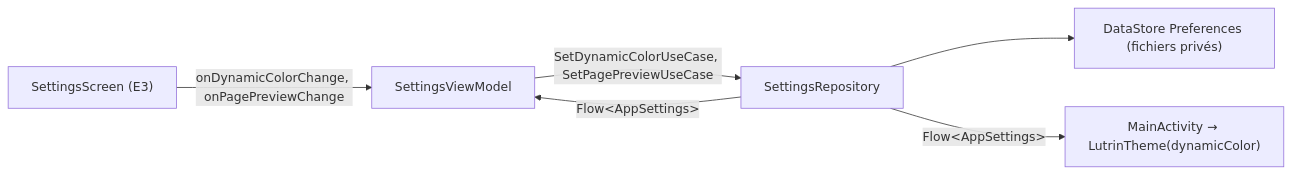
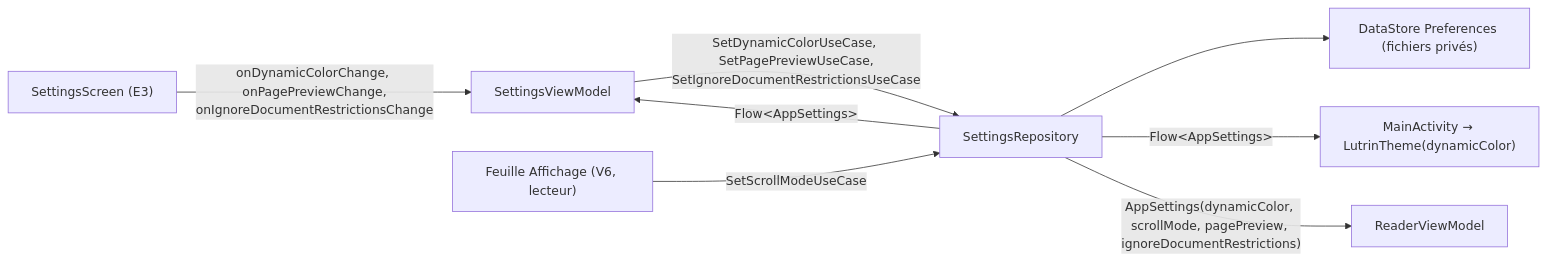
The fifth of 9 diagrams in docs/architecture.md (myxomatom/LutrinPDF), drawn with Mermaid before and after one commit. The commit also changed other lines of this file and 6 other files, not shown here.

````diff
--- a/docs/architecture.md
+++ b/docs/architecture.md
@@ -145,8 +151,10 @@
 ```mermaid
 flowchart LR
-    e3["SettingsScreen (E3)"] -->|"onDynamicColorChange, onPagePreviewChange"| vm["SettingsViewModel"]
-    vm -->|"SetDynamicColorUseCase, SetPagePreviewUseCase"| repo["SettingsRepository"]
+    e3["SettingsScreen (E3)"] -->|"onDynamicColorChange, onPagePreviewChange,<br/>onIgnoreDocumentRestrictionsChange"| vm["SettingsViewModel"]
+    vm -->|"SetDynamicColorUseCase, SetPagePreviewUseCase,<br/>SetIgnoreDocumentRestrictionsUseCase"| repo["SettingsRepository"]
     repo --> ds["DataStore Preferences (fichiers privés)"]
     repo -->|"Flow&lt;AppSettings&gt;"| act["MainActivity → LutrinTheme(dynamicColor)"]
     repo -->|"Flow&lt;AppSettings&gt;"| vm
+    v6["Feuille Affichage (V6, lecteur)"] -->|"SetScrollModeUseCase"| repo
+    repo -->|"AppSettings(dynamicColor, scrollMode, pagePreview, ignoreDocumentRestrictions)"| rvm["ReaderViewModel"]
 ```
````
